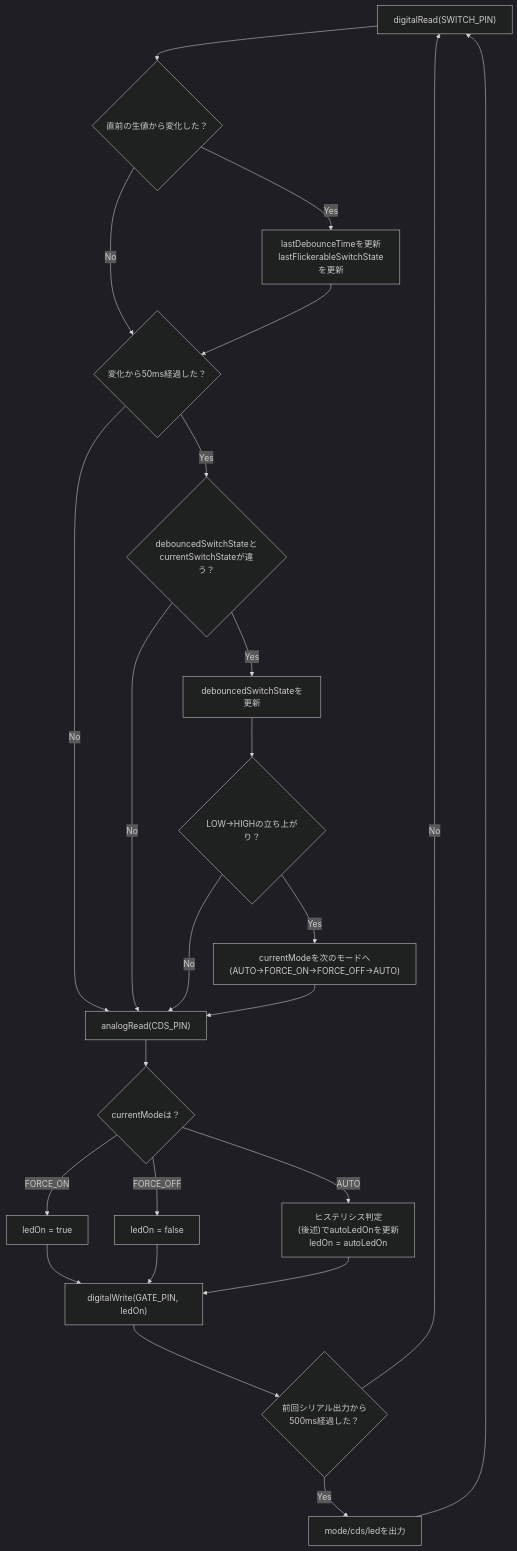
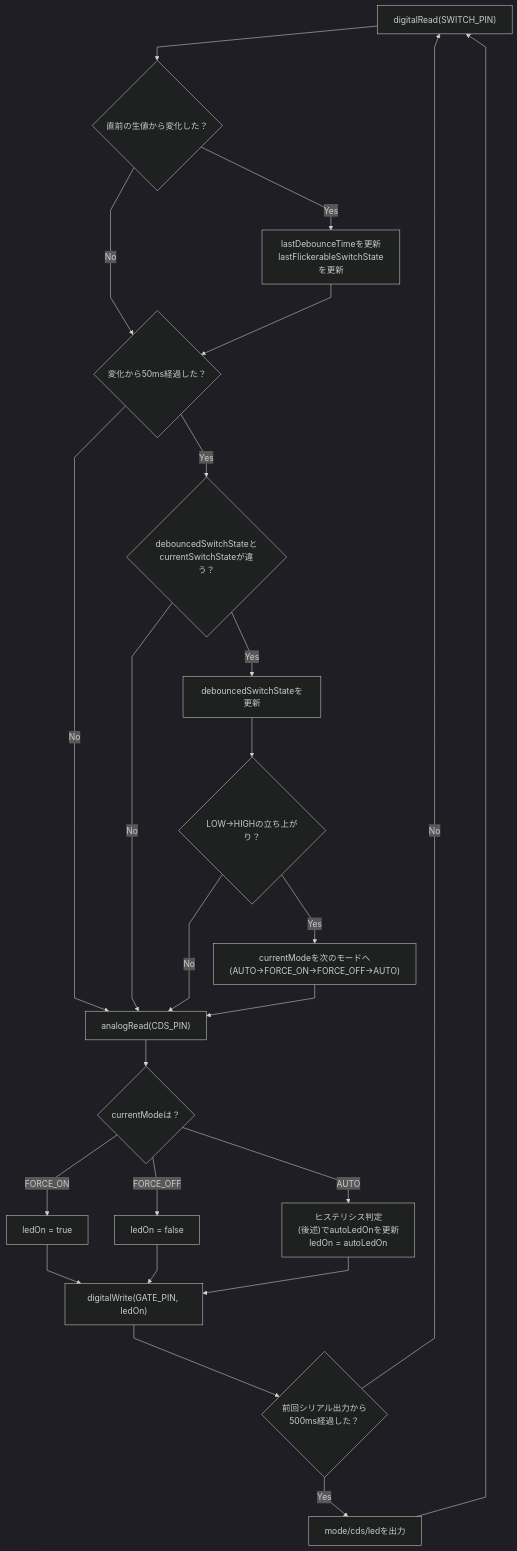
Before and after one commit to SanghunIm1991/ClaudeArduino: the second of 4 diagrams in programs/03_night_light/README.md, drawn with Mermaid (dark theme). The commit also changed other lines of this file, not shown here.

Commit message:
[claude] プログラム③: mermaidフローチャートを直線描画に変更（視認性改善）
複雑な図では曲線より直線の方が視認性が高いというフィードバックを受け、
loop()処理フローとAUTOモードのヒステリシス判定図にcurve:linearを指定した。

````diff
--- a/programs/03_night_light/README.md
+++ b/programs/03_night_light/README.md
@@ -166,26 +166,27 @@
 ```mermaid
+%%{init: {'flowchart': {'curve': 'linear'}}}%%
 flowchart TD
     A["digitalRead(SWITCH_PIN)"] --> B{"直前の生値から変化した？"}
     B -- Yes --> C["lastDebounceTimeを更新<br>lastFlickerableSwitchStateを更新"]
     B -- No --> D
     C --> D{"変化から50ms経過した？"}
     D -- No --> H["analogRead(CDS_PIN)"]
     D -- Yes --> E{"debouncedSwitchStateと<br>currentSwitchStateが違う？"}
     E -- No --> H
     E -- Yes --> F["debouncedSwitchStateを更新"]
     F --> G{"LOW→HIGHの立ち上がり？"}
     G -- Yes --> G2["currentModeを次のモードへ<br>(AUTO→FORCE_ON→FORCE_OFF→AUTO)"]
     G -- No --> H
     G2 --> H
     H --> I{"currentModeは？"}
     I -- FORCE_ON --> J1["ledOn = true"]
     I -- FORCE_OFF --> J2["ledOn = false"]
     I -- AUTO --> J3["ヒステリシス判定<br>(後述)でautoLedOnを更新<br>ledOn = autoLedOn"]
     J1 --> K["digitalWrite(GATE_PIN, ledOn)"]
     J2 --> K
     J3 --> K
     K --> L{"前回シリアル出力から<br>500ms経過した？"}
     L -- Yes --> M["mode/cds/ledを出力"]
     L -- No --> A
     M --> A
 ```
````
